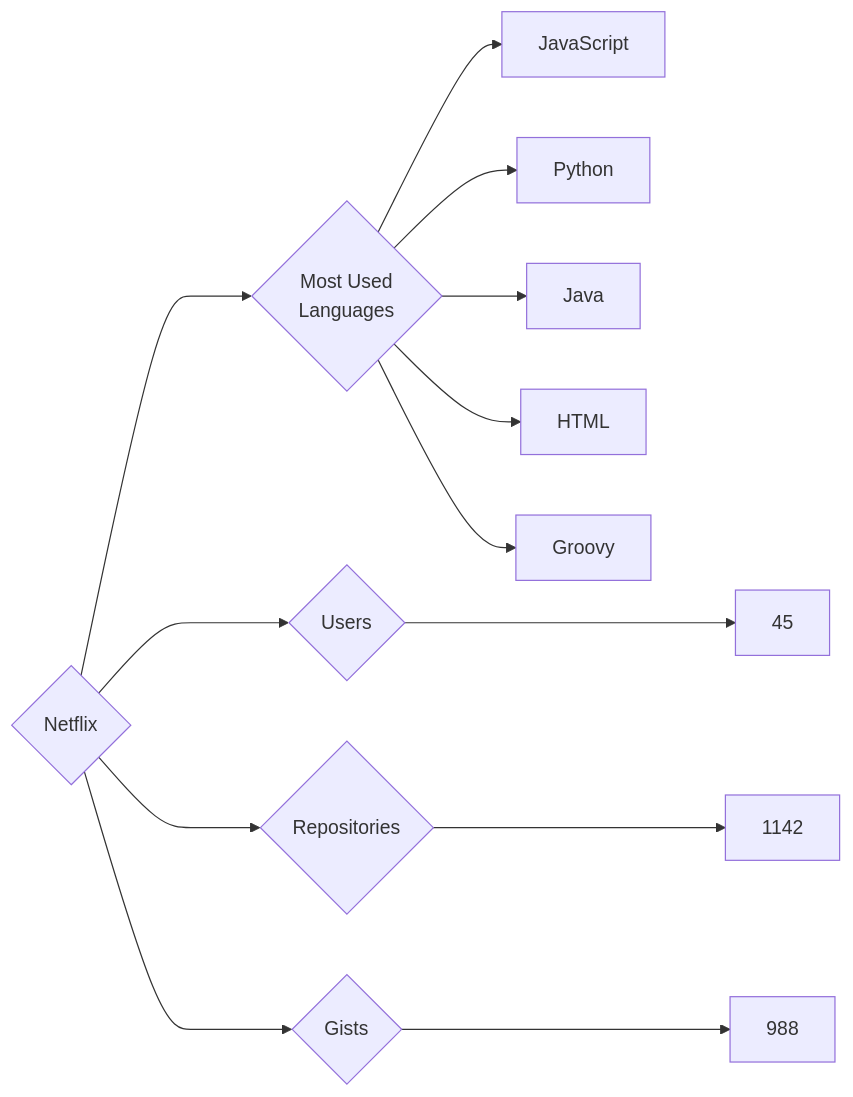
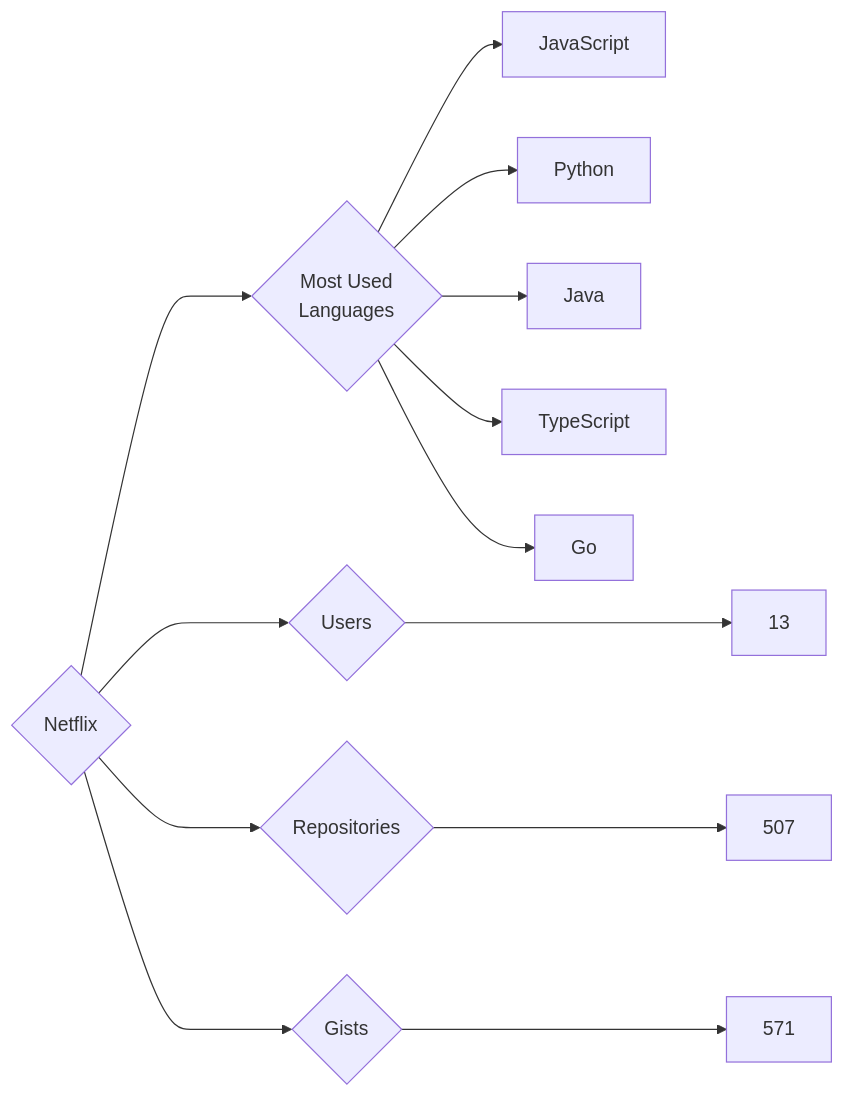
One commit to trickest/insiders changed the diagram in targets/Netflix/README.md. Above: the diagram before and after it, drawn with Mermaid. The commit also changed 860 other files, not shown here.

````diff
--- a/targets/Netflix/README.md
+++ b/targets/Netflix/README.md
@@ -3,13 +3,13 @@
 ```mermaid
 graph LR
 COMPANY_NAME{Netflix}
-COMPANY_NAME ---> U{Users} ---> UN[45]
-COMPANY_NAME ---> R{Repositories} ---> RN[1142]
-COMPANY_NAME ---> G{Gists} ---> GN[988]
+COMPANY_NAME ---> U{Users} ---> UN[13]
+COMPANY_NAME ---> R{Repositories} ---> RN[507]
+COMPANY_NAME ---> G{Gists} ---> GN[571]
 COMPANY_NAME ---> ML{Most Used<br>Languages}
 ML --> JavaScript[JavaScript]
 ML --> Python[Python]
 ML --> Java[Java]
-ML --> HTML[HTML]
-ML --> Groovy[Groovy]
+ML --> TypeScript[TypeScript]
+ML --> Go[Go]
 ```
````
